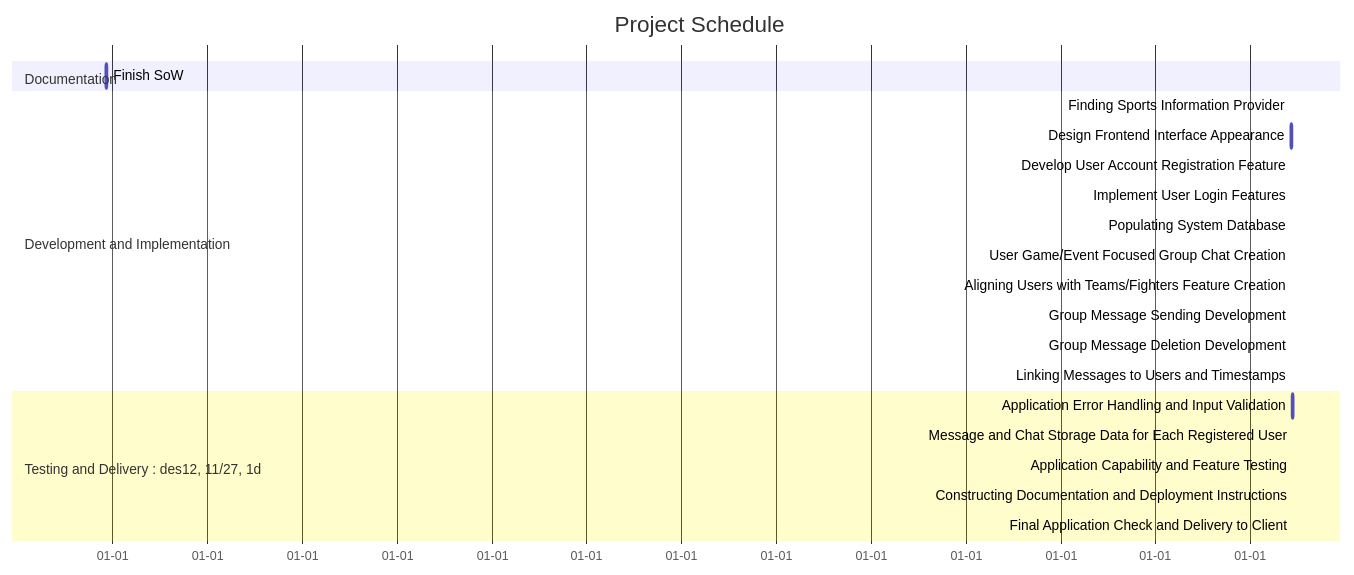
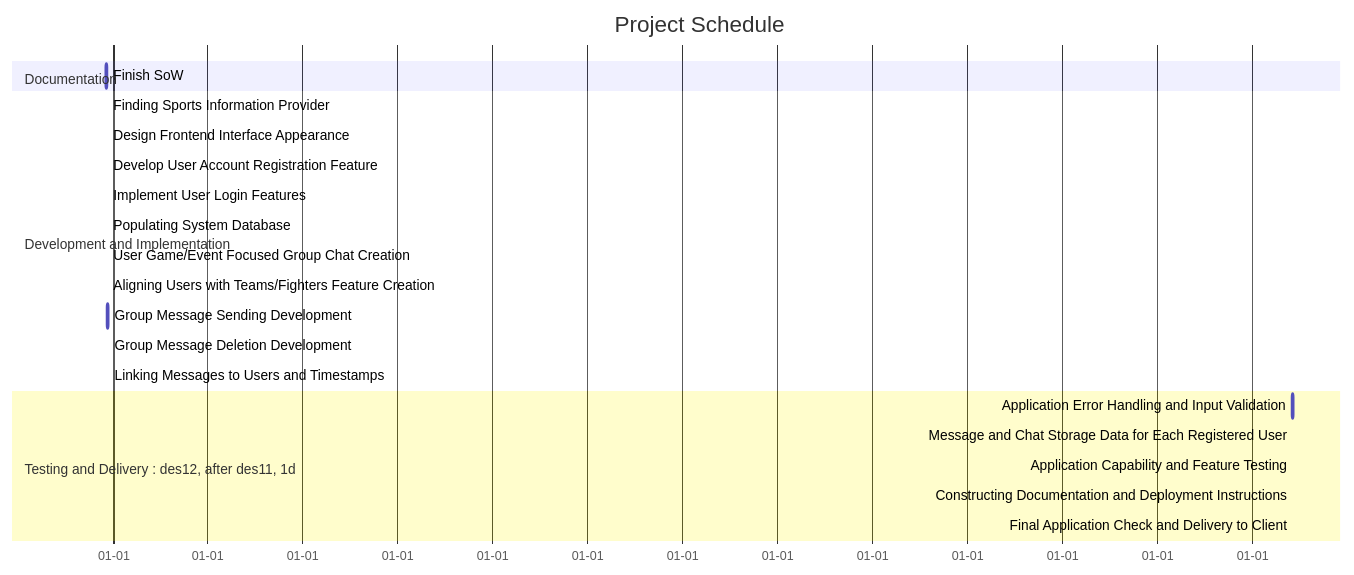
The diagram in StatementOfWork.md (hamiltons15/teamProj-f26-docs), drawn with Mermaid before and after one commit.

Commit message:
Gantt Chart Schedule Update StatementOfWork.md

````diff
--- a/StatementOfWork.md
+++ b/StatementOfWork.md
@@ -138,28 +138,28 @@
 ```mermaid
 gantt
     title Project Schedule
     dateFormat MM/DD
     axisFormat %m-%d
 
     section Documentation
     Finish SoW : active, des1, 11/9, 7d
 
     section Development and Implementation
-    Finding Sports Information Provider : des2, 11/17, 1d
-    Design Frontend Interface Appearance : des3, 11/18, 1d
-    Develop User Account Registration Feature : des4, 11/19, 1d
-    Implement User Login Features : des5, 11/20, 1d
-    Populating System Database : des6, 11/21, 1d
-    User Game/Event Focused Group Chat Creation : des7, 11/22, 1d
-    Aligning Users with Teams/Fighters Feature Creation : des8, 11/23, 1d
-    Group Message Sending Development : des9, 11/24, 1d
-    Group Message Deletion Development : des10, 11/25, 1d
-    Linking Messages to Users and Timestamps : des1, 11/26, 1d
+    Finding Sports Information Provider : des2, after des1, 1d
+    Design Frontend Interface Appearance : des3, after des2, 1d
+    Develop User Account Registration Feature : des4, after des3, 1d
+    Implement User Login Features : des5, after des4, 1d
+    Populating System Database : des6, after des5, 1d
+    User Game/Event Focused Group Chat Creation : des7, after des6, 1d
+    Aligning Users with Teams/Fighters Feature Creation : des8, after des7, 1d
+    Group Message Sending Development : des9, after des8, 1d
+    Group Message Deletion Development : des10, after des9, 1d
+    Linking Messages to Users and Timestamps : des11, after des10, 1d
 
-    section Testing and Delivery : des12, 11/27, 1d
-    Application Error Handling and Input Validation : des13, 11/28, 1d
-    Message and Chat Storage Data for Each Registered User : des14, 11/29, 1d
-    Application Capability and Feature Testing : des15, 11/30, 1d
-    Constructing Documentation and Deployment Instructions : des16, 12/01, 1d
-    Final Application Check and Delivery to Client : des16, 12/02, 1d
+    section Testing and Delivery : des12, after des11, 1d
+    Application Error Handling and Input Validation : des13, after des12, 1d
+    Message and Chat Storage Data for Each Registered User : des14, after des13, 1d
+    Application Capability and Feature Testing : des15, after des14, 1d
+    Constructing Documentation and Deployment Instructions : des16, after des15, 1d
+    Final Application Check and Delivery to Client : des17, after des16, 1d
 ```
````
